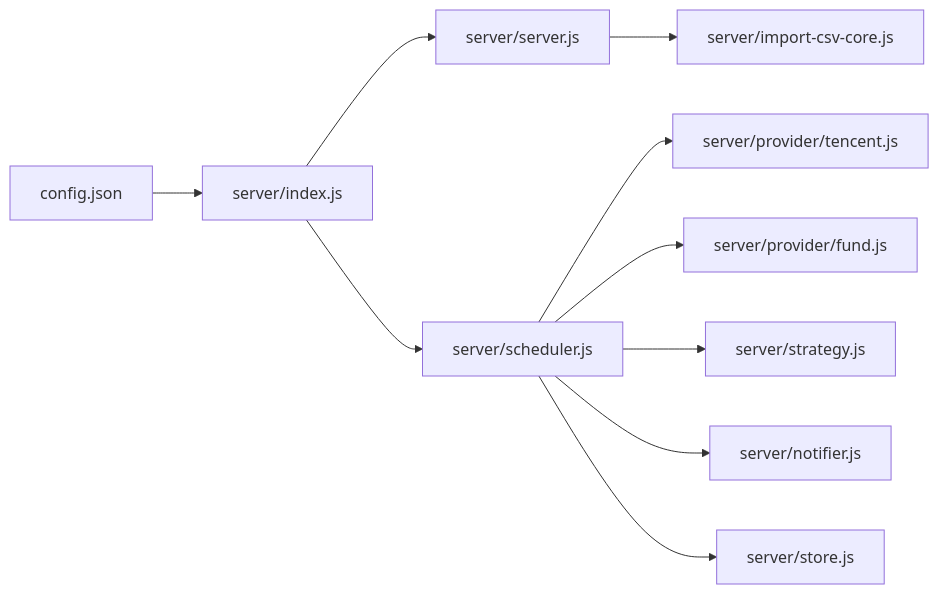
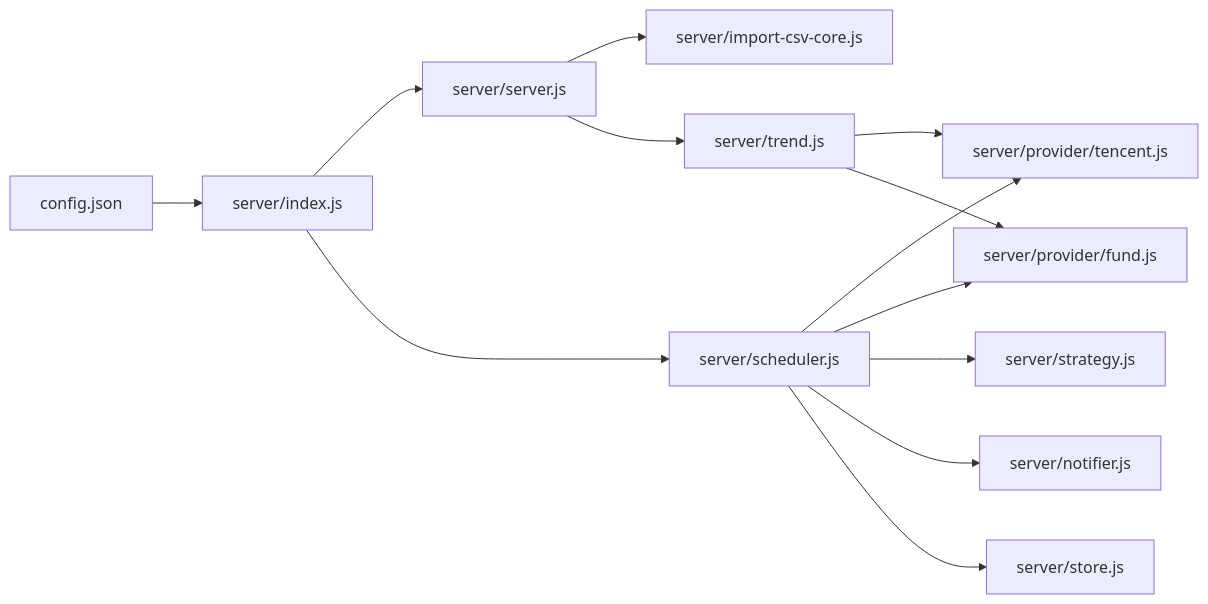
One commit to salenju/stock-advisor changed the eighth of 8 diagrams in .qoder/repowiki/zh/content/行情数据集成/行情数据集成.md. Above: the diagram before and after it, drawn with Mermaid. The commit also changed other lines of this file and 45 other files, not shown here.

````diff
--- a/.qoder/repowiki/zh/content/行情数据集成/行情数据集成.md
+++ b/.qoder/repowiki/zh/content/行情数据集成/行情数据集成.md
@@ -323,12 +402,15 @@
 ```mermaid
 graph LR
 CFG["config.json"] --> IDX["server/index.js"]
 IDX --> SRV["server/server.js"]
 IDX --> SCH["server/scheduler.js"]
 SCH --> TENC["server/provider/tencent.js"]
 SCH --> FUND["server/provider/fund.js"]
 SCH --> STRAT["server/strategy.js"]
 SCH --> NOTI["server/notifier.js"]
 SCH --> STORE["server/store.js"]
 SRV --> IMPORT["server/import-csv-core.js"]
+SRV --> TREND["server/trend.js"]
+TREND --> TENC
+TREND --> FUND
 ```
````
